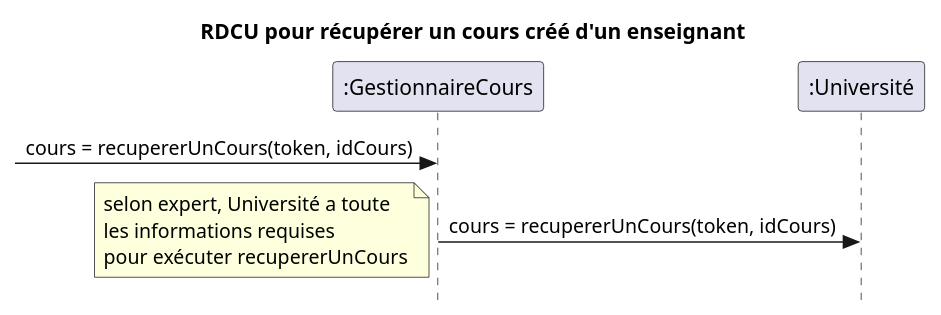
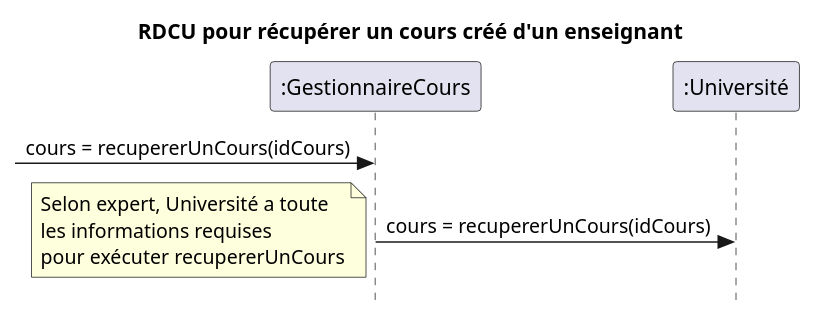
One commit to nerdz88/SGA-TS changed the second of 2 diagrams in docs/Récupérer cours/RDCU_Recuperer_Cours.puml. Above: the diagram before and after it, drawn with PlantUML. The commit also changed other lines of this file and 7 other files, not shown here.

```diff
--- a/docs/Récupérer cours/RDCU_Recuperer_Cours.puml
+++ b/docs/Récupérer cours/RDCU_Recuperer_Cours.puml
@@ -14,10 +14,10 @@
 @startuml récupérer un cours
 skinparam style strictuml
 skinparam defaultfontname Verdana
 title RDCU pour récupérer un cours créé d'un enseignant
 participant ":GestionnaireCours" as controleur
 participant ":Université" as modele
-->controleur : cours = recupererUnCours(token, idCours)
-controleur -> modele : cours = recupererUnCours(token, idCours)
-note left : selon expert, Université a toute\nles informations requises\npour exécuter recupererUnCours
+->controleur : cours = recupererUnCours(idCours)
+controleur -> modele : cours = recupererUnCours(idCours)
+note left : Selon expert, Université a toute\nles informations requises\npour exécuter recupererUnCours
 @enduml
```
